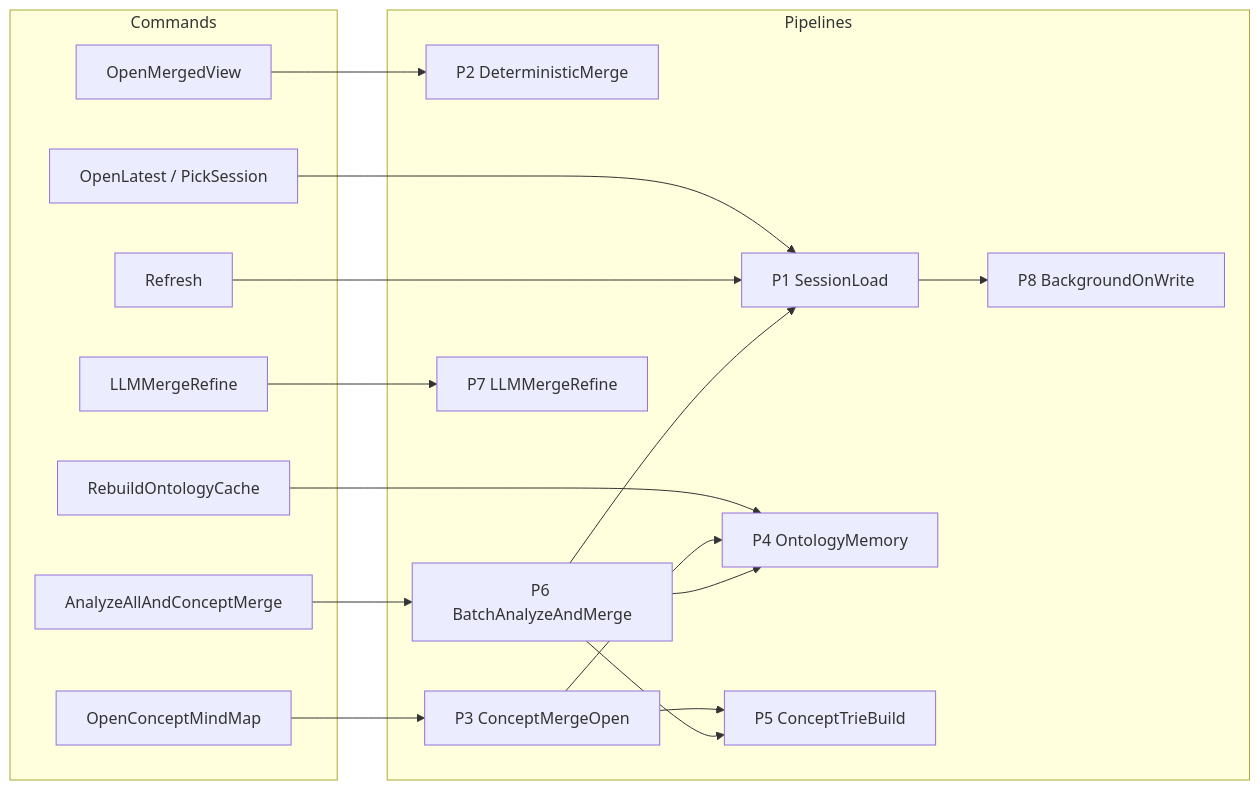
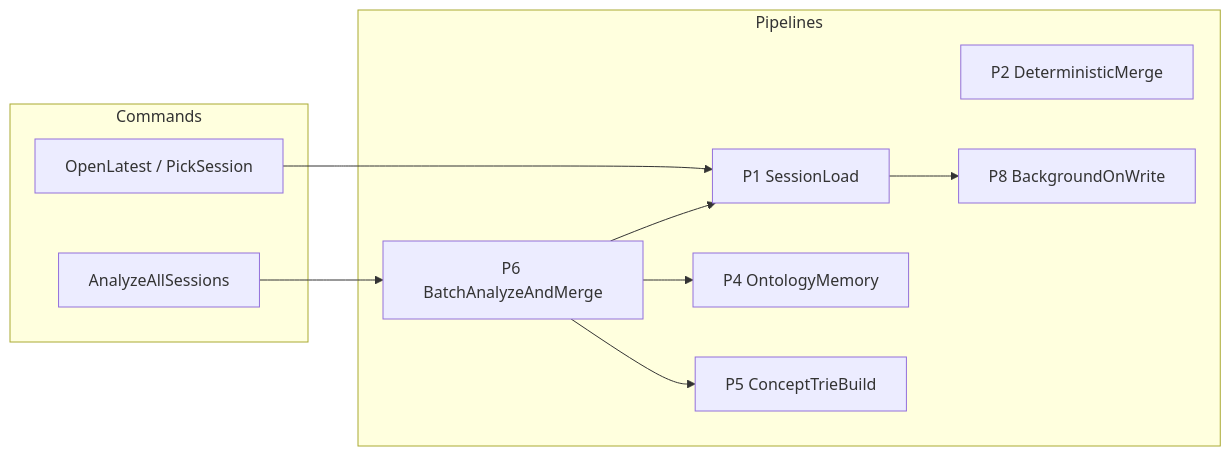
Before and after one commit to abeelu688/agent-mindmap: the first of 7 diagrams in docs/PIPELINES_AND_REVIEW.md, drawn with Mermaid. The commit also changed other lines of this file and 5 other files, not shown here.

````diff
--- a/docs/PIPELINES_AND_REVIEW.md
+++ b/docs/PIPELINES_AND_REVIEW.md
@@ -29,38 +28,23 @@
 ```mermaid
 flowchart LR
     subgraph cmds [Commands]
         C1[OpenLatest / PickSession]
-        C2[Refresh]
-        C3[OpenMergedView]
-        C4[OpenConceptMindMap]
-        C5[AnalyzeAllAndConceptMerge]
-        C6[LLMMergeRefine]
-        C7[RebuildOntologyCache]
+        C5[AnalyzeAllSessions]
     end
 
     subgraph pipes [Pipelines]
         P1[P1 SessionLoad]
         P2[P2 DeterministicMerge]
-        P3[P3 ConceptMergeOpen]
         P4[P4 OntologyMemory]
         P5[P5 ConceptTrieBuild]
         P6[P6 BatchAnalyzeAndMerge]
-        P7[P7 LLMMergeRefine]
         P8[P8 BackgroundOnWrite]
     end
 
     C1 --> P1
-    C2 --> P1
-    C3 --> P2
-    C4 --> P3
     C5 --> P6
-    C6 --> P7
-    C7 --> P4
-
-    P3 --> P4
-    P3 --> P5
     P6 --> P1
     P6 --> P4
     P6 --> P5
     P1 --> P8
 ```
````
